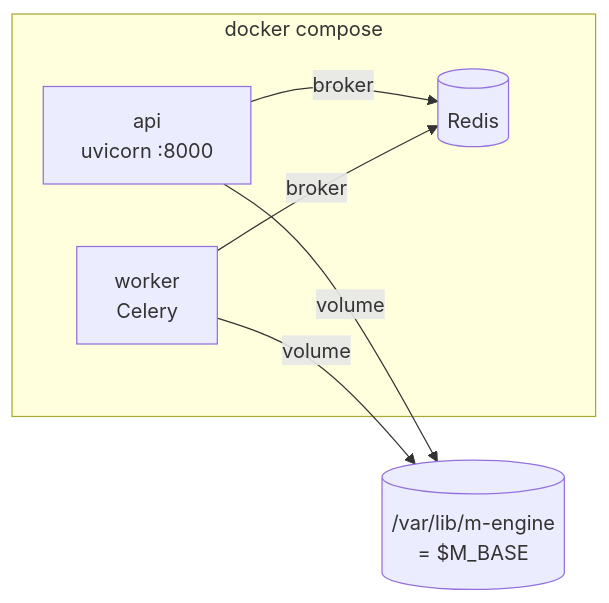
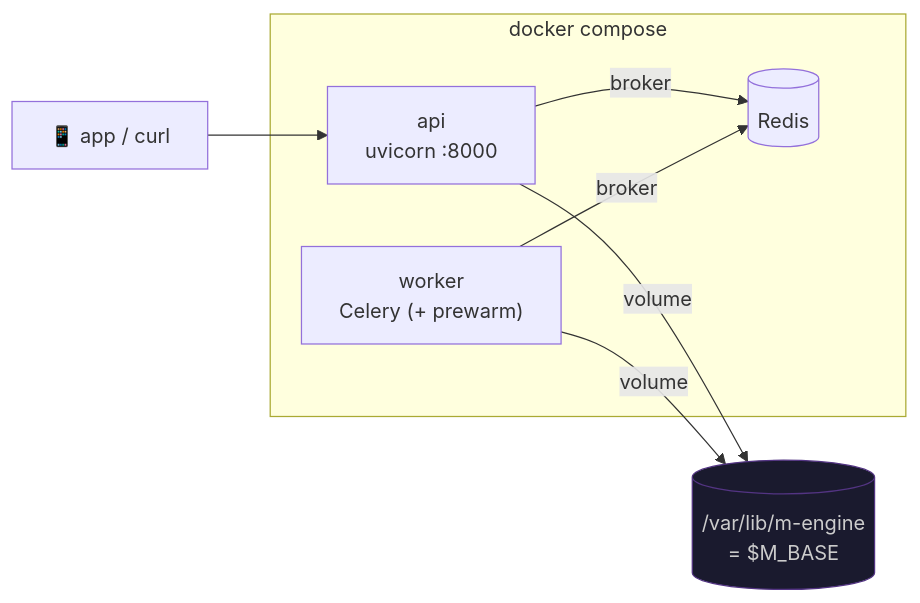
One commit to myselfgus/m changed the tenth of 10 diagrams in README.md. Above: the diagram before and after it, drawn with Mermaid. The commit also changed other lines of this file and 17 other files, not shown here.

First line of the commit message:
feat: SOAP reformulado (Sumário/Seguimento) + prompt caching 1h/prewarm + ícone do app; README ampliado

````diff
--- a/README.md
+++ b/README.md
@@ -341,12 +436,14 @@
 ```mermaid
 flowchart LR
+    APP["📱 app / curl"] --> api
     subgraph docker["docker compose"]
+        api["api<br/>uvicorn :8000"]
+        worker["worker<br/>Celery (+ prewarm)"]
         redis[(Redis)]
-        api["api\nuvicorn :8000"]
-        worker["worker\nCelery"]
     end
     api -->|broker| redis
     worker -->|broker| redis
-    api  -->|volume| vol[("/var/lib/m-engine\n= $M_BASE")]
+    api -->|volume| vol[("/var/lib/m-engine<br/>= $M_BASE")]
     worker -->|volume| vol
+    style vol fill:#1a1a2e,color:#ccc,stroke:#533483
 ```
````
